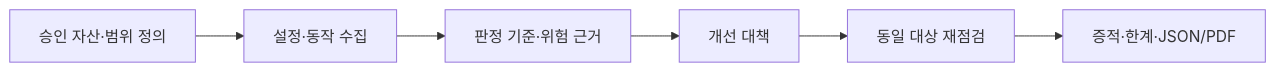
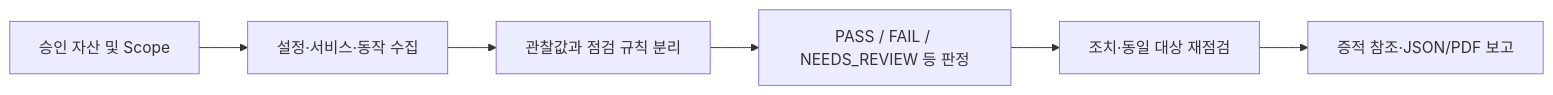
Before and after one commit to LEESJ7934/infrastructure-security-scanner: the diagram in README.md, drawn with Mermaid. The commit also changed other lines of this file, not shown here.

````diff
--- a/README.md
+++ b/README.md
@@ -17,8 +31,8 @@
 ```mermaid
 flowchart LR
-    A["승인 자산·범위 정의"] --> B["설정·동작 수집"]
-    B --> C["판정 기준·위험 근거"]
-    C --> D["개선 대책"]
-    D --> E["동일 대상 재점검"]
-    E --> F["증적·한계·JSON/PDF"]
+    A["승인 자산 및 Scope"] --> B["설정·서비스·동작 수집"]
+    B --> C["관찰값과 점검 규칙 분리"]
+    C --> D["PASS / FAIL / NEEDS_REVIEW 등 판정"]
+    D --> E["조치·동일 대상 재점검"]
+    E --> F["증적 참조·JSON/PDF 보고"]
 ```
````
